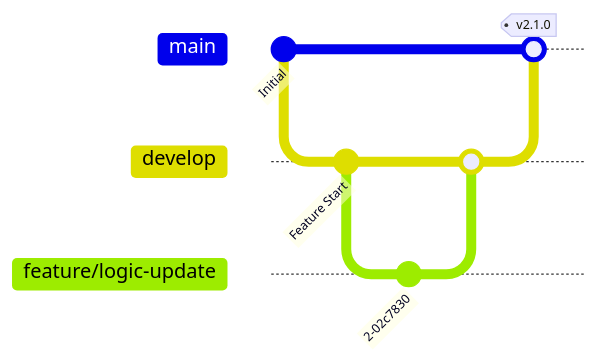
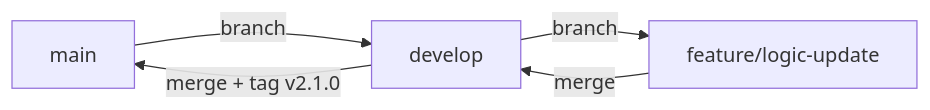
One commit to hank3160-ux/engineering-playbook-system changed the diagram in docs/playbook/01-standard-workflow.md. Above: the diagram before and after it, drawn with Mermaid.

Commit message:
fix: replace gitGraph with simple flowchart for cleaner visualization

````diff
--- a/docs/playbook/01-standard-workflow.md
+++ b/docs/playbook/01-standard-workflow.md
@@ -30,14 +30,7 @@
 ```mermaid
-gitGraph
-    commit id: "Initial"
-    branch develop
-    checkout develop
-    commit id: "Feature Start"
-    branch feature/logic-update
-    checkout feature/logic-update
-    commit
-    checkout develop
-    merge feature/logic-update
-    checkout main
-    merge develop tag: "v2.1.0"
+graph LR
+    A[main] -->|branch| B[develop]
+    B -->|branch| C[feature/logic-update]
+    C -->|merge| B
+    B -->|merge + tag v2.1.0| A
 ```
````
